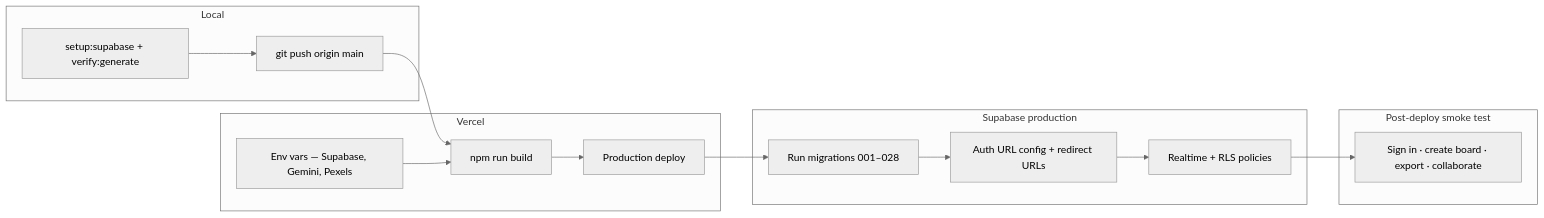
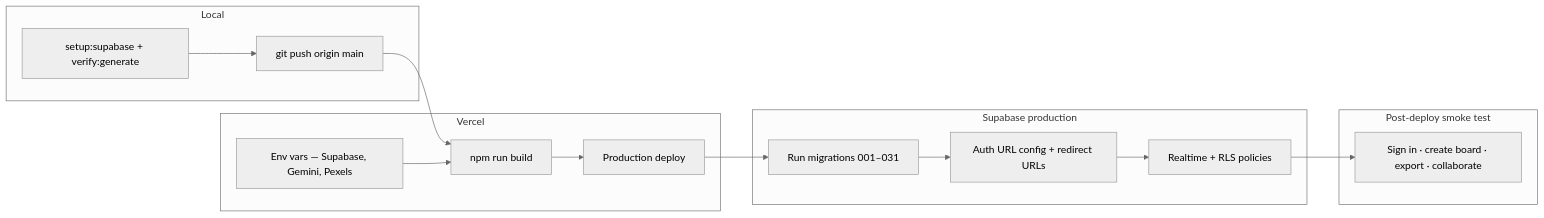
The diagram in docs/DEPLOY.md (NehangPatel23/Moodboard-AI), drawn with Mermaid (neutral theme) before and after one commit. The commit also changed other lines of this file and 10 other files, not shown here.

````diff
--- a/docs/DEPLOY.md
+++ b/docs/DEPLOY.md
@@ -11,32 +11,32 @@
 ```mermaid
 flowchart LR
   subgraph local ["Local"]
     test["setup:supabase + verify:generate"]
     push["git push origin main"]
   end
 
   subgraph vercel ["Vercel"]
     build["npm run build"]
     env["Env vars — Supabase, Gemini, Pexels"]
     deploy["Production deploy"]
   end
 
   subgraph supabase ["Supabase production"]
-    mig["Run migrations 001–028"]
+    mig["Run migrations 001–031"]
     urls["Auth URL config + redirect URLs"]
     rt["Realtime + RLS policies"]
   end
 
   subgraph verify ["Post-deploy smoke test"]
     smoke["Sign in · create board · export · collaborate"]
   end
 
   test --> push
   push --> build
   env --> build
   build --> deploy
   deploy --> mig
   mig --> urls
   urls --> rt
   rt --> smoke
 ```
````
